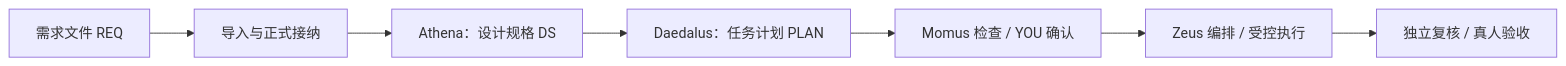
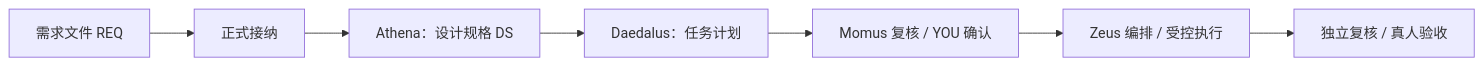
Before and after one commit to kyrie21z/SWE-Olympus: the diagram in README.md, drawn with Mermaid. The commit also changed other lines of this file and 18 other files, not shown here.

````diff
--- a/README.md
+++ b/README.md
@@ -27,9 +15,9 @@
 ```mermaid
 flowchart LR
-    REQ["需求文件 REQ"] --> IN["导入与正式接纳"]
+    REQ["需求文件 REQ"] --> IN["正式接纳"]
     IN --> DS["Athena：设计规格 DS"]
-    DS --> PLAN["Daedalus：任务计划 PLAN"]
-    PLAN --> REVIEW["Momus 检查 / YOU 确认"]
+    DS --> PLAN["Daedalus：任务计划"]
+    PLAN --> REVIEW["Momus 复核 / YOU 确认"]
     REVIEW --> RUN["Zeus 编排 / 受控执行"]
     RUN --> ACCEPT["独立复核 / 真人验收"]
 ```
````
